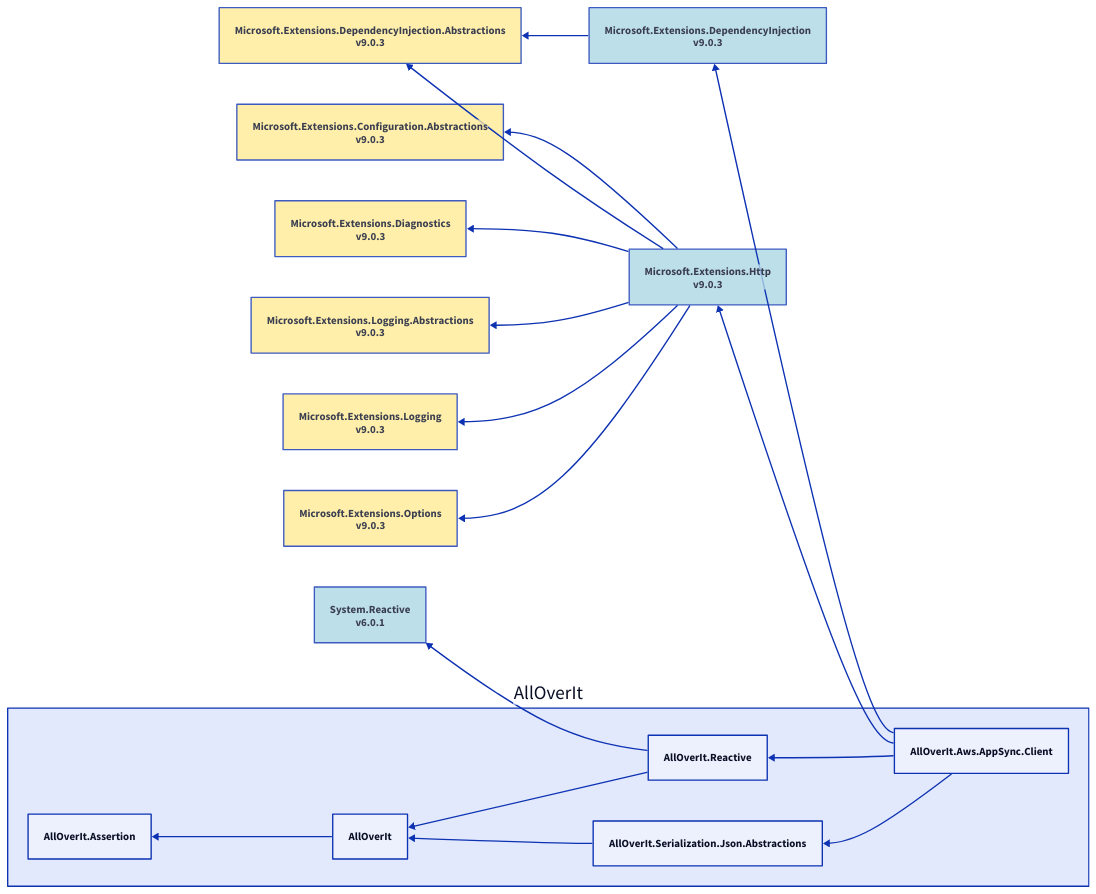
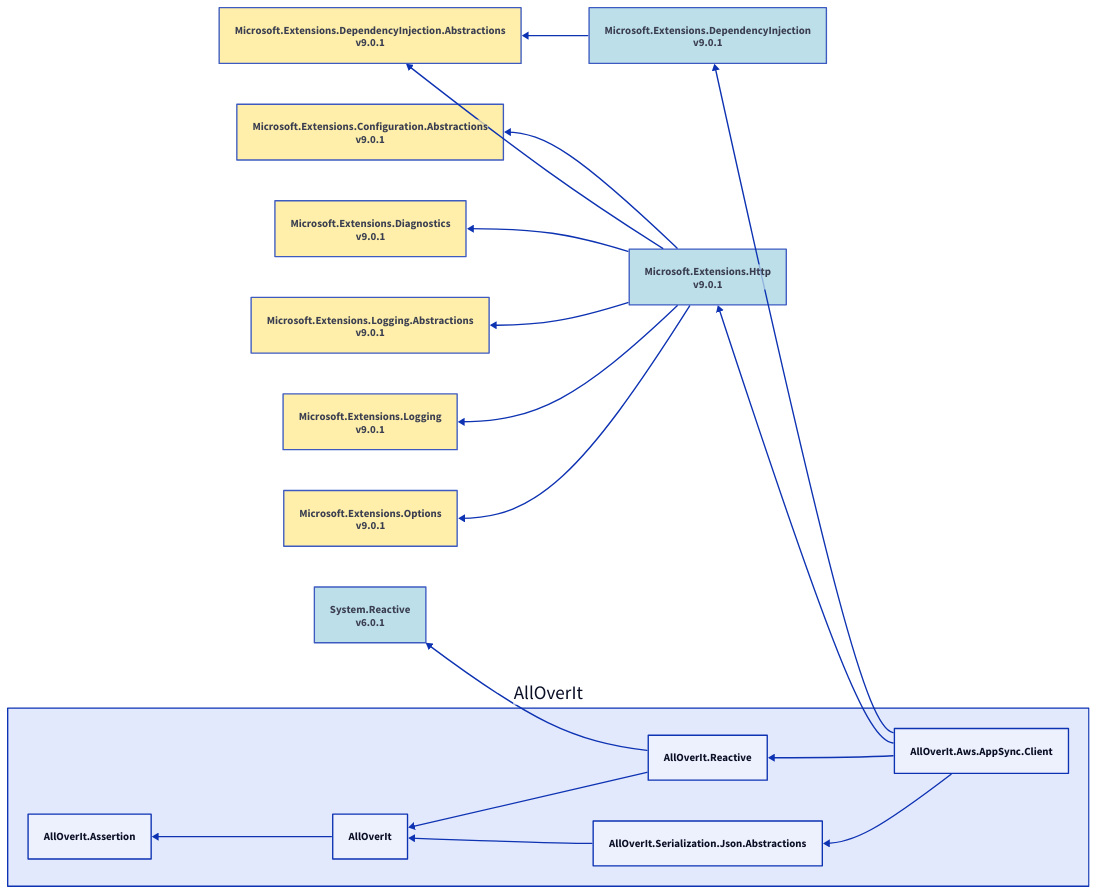
Before and after one commit to mjfreelancing/AllOverIt: the diagram in Docs/Reference/Content/images/dependencies/net9.0/alloverit-aws-appsync-client.d2, drawn with D2. The commit also changed 65 other files, not shown here.

```diff
--- a/Docs/Reference/Content/images/dependencies/net9.0/alloverit-aws-appsync-client.d2
+++ b/Docs/Reference/Content/images/dependencies/net9.0/alloverit-aws-appsync-client.d2
@@ -1,50 +1,50 @@
 direction: left
 
 aoi: AllOverIt
 aoi.alloverit-aws-appsync-client: AllOverIt.Aws.AppSync.Client
-microsoft-extensions-dependencyinjection_9-0-3: Microsoft.Extensions.DependencyInjection\nv9.0.3
-microsoft-extensions-dependencyinjection_9-0-3.style.fill: "#ADD8E6"
-microsoft-extensions-dependencyinjection_9-0-3.style.opacity: 0.8
-microsoft-extensions-dependencyinjection-abstractions_9-0-3: Microsoft.Extensions.DependencyInjection.Abstractions\nv9.0.3
-microsoft-extensions-dependencyinjection-abstractions_9-0-3.style.fill: "#FFEC96"
-microsoft-extensions-dependencyinjection-abstractions_9-0-3.style.opacity: 0.8
-microsoft-extensions-dependencyinjection-abstractions_9-0-3 <- microsoft-extensions-dependencyinjection_9-0-3
-microsoft-extensions-dependencyinjection_9-0-3 <- aoi.alloverit-aws-appsync-client
-microsoft-extensions-http_9-0-3: Microsoft.Extensions.Http\nv9.0.3
-microsoft-extensions-http_9-0-3.style.fill: "#ADD8E6"
-microsoft-extensions-http_9-0-3.style.opacity: 0.8
-microsoft-extensions-configuration-abstractions_9-0-3: Microsoft.Extensions.Configuration.Abstractions\nv9.0.3
-microsoft-extensions-configuration-abstractions_9-0-3.style.fill: "#FFEC96"
-microsoft-extensions-configuration-abstractions_9-0-3.style.opacity: 0.8
-microsoft-extensions-configuration-abstractions_9-0-3 <- microsoft-extensions-http_9-0-3
-microsoft-extensions-dependencyinjection-abstractions_9-0-3 <- microsoft-extensions-http_9-0-3
-microsoft-extensions-diagnostics_9-0-3: Microsoft.Extensions.Diagnostics\nv9.0.3
-microsoft-extensions-diagnostics_9-0-3.style.fill: "#FFEC96"
-microsoft-extensions-diagnostics_9-0-3.style.opacity: 0.8
-microsoft-extensions-diagnostics_9-0-3 <- microsoft-extensions-http_9-0-3
-microsoft-extensions-logging-abstractions_9-0-3: Microsoft.Extensions.Logging.Abstractions\nv9.0.3
-microsoft-extensions-logging-abstractions_9-0-3.style.fill: "#FFEC96"
-microsoft-extensions-logging-abstractions_9-0-3.style.opacity: 0.8
-microsoft-extensions-logging-abstractions_9-0-3 <- microsoft-extensions-http_9-0-3
-microsoft-extensions-logging_9-0-3: Microsoft.Extensions.Logging\nv9.0.3
-microsoft-extensions-logging_9-0-3.style.fill: "#FFEC96"
-microsoft-extensions-logging_9-0-3.style.opacity: 0.8
-microsoft-extensions-logging_9-0-3 <- microsoft-extensions-http_9-0-3
-microsoft-extensions-options_9-0-3: Microsoft.Extensions.Options\nv9.0.3
-microsoft-extensions-options_9-0-3.style.fill: "#FFEC96"
-microsoft-extensions-options_9-0-3.style.opacity: 0.8
-microsoft-extensions-options_9-0-3 <- microsoft-extensions-http_9-0-3
-microsoft-extensions-http_9-0-3 <- aoi.alloverit-aws-appsync-client
+microsoft-extensions-dependencyinjection_9-0-1: Microsoft.Extensions.DependencyInjection\nv9.0.1
+microsoft-extensions-dependencyinjection_9-0-1.style.fill: "#ADD8E6"
+microsoft-extensions-dependencyinjection_9-0-1.style.opacity: 0.8
+microsoft-extensions-dependencyinjection-abstractions_9-0-1: Microsoft.Extensions.DependencyInjection.Abstractions\nv9.0.1
+microsoft-extensions-dependencyinjection-abstractions_9-0-1.style.fill: "#FFEC96"
+microsoft-extensions-dependencyinjection-abstractions_9-0-1.style.opacity: 0.8
+microsoft-extensions-dependencyinjection-abstractions_9-0-1 <- microsoft-extensions-dependencyinjection_9-0-1
+microsoft-extensions-dependencyinjection_9-0-1 <- aoi.alloverit-aws-appsync-client
+microsoft-extensions-http_9-0-1: Microsoft.Extensions.Http\nv9.0.1
+microsoft-extensions-http_9-0-1.style.fill: "#ADD8E6"
+microsoft-extensions-http_9-0-1.style.opacity: 0.8
+microsoft-extensions-configuration-abstractions_9-0-1: Microsoft.Extensions.Configuration.Abstractions\nv9.0.1
+microsoft-extensions-configuration-abstractions_9-0-1.style.fill: "#FFEC96"
+microsoft-extensions-configuration-abstractions_9-0-1.style.opacity: 0.8
+microsoft-extensions-configuration-abstractions_9-0-1 <- microsoft-extensions-http_9-0-1
+microsoft-extensions-dependencyinjection-abstractions_9-0-1 <- microsoft-extensions-http_9-0-1
+microsoft-extensions-diagnostics_9-0-1: Microsoft.Extensions.Diagnostics\nv9.0.1
+microsoft-extensions-diagnostics_9-0-1.style.fill: "#FFEC96"
+microsoft-extensions-diagnostics_9-0-1.style.opacity: 0.8
+microsoft-extensions-diagnostics_9-0-1 <- microsoft-extensions-http_9-0-1
+microsoft-extensions-logging-abstractions_9-0-1: Microsoft.Extensions.Logging.Abstractions\nv9.0.1
+microsoft-extensions-logging-abstractions_9-0-1.style.fill: "#FFEC96"
+microsoft-extensions-logging-abstractions_9-0-1.style.opacity: 0.8
+microsoft-extensions-logging-abstractions_9-0-1 <- microsoft-extensions-http_9-0-1
+microsoft-extensions-logging_9-0-1: Microsoft.Extensions.Logging\nv9.0.1
+microsoft-extensions-logging_9-0-1.style.fill: "#FFEC96"
+microsoft-extensions-logging_9-0-1.style.opacity: 0.8
+microsoft-extensions-logging_9-0-1 <- microsoft-extensions-http_9-0-1
+microsoft-extensions-options_9-0-1: Microsoft.Extensions.Options\nv9.0.1
+microsoft-extensions-options_9-0-1.style.fill: "#FFEC96"
+microsoft-extensions-options_9-0-1.style.opacity: 0.8
+microsoft-extensions-options_9-0-1 <- microsoft-extensions-http_9-0-1
+microsoft-extensions-http_9-0-1 <- aoi.alloverit-aws-appsync-client
 aoi.alloverit-reactive: AllOverIt.Reactive
 system-reactive_6-0-1: System.Reactive\nv6.0.1
 system-reactive_6-0-1.style.fill: "#ADD8E6"
 system-reactive_6-0-1.style.opacity: 0.8
 system-reactive_6-0-1 <- aoi.alloverit-reactive
 aoi.alloverit: AllOverIt
 aoi.alloverit-assertion: AllOverIt.Assertion
 aoi.alloverit-assertion <- aoi.alloverit
 aoi.alloverit <- aoi.alloverit-reactive
 aoi.alloverit-reactive <- aoi.alloverit-aws-appsync-client
 aoi.alloverit-serialization-json-abstractions: AllOverIt.Serialization.Json.Abstractions
 aoi.alloverit <- aoi.alloverit-serialization-json-abstractions
 aoi.alloverit-serialization-json-abstractions <- aoi.alloverit-aws-appsync-client
```
